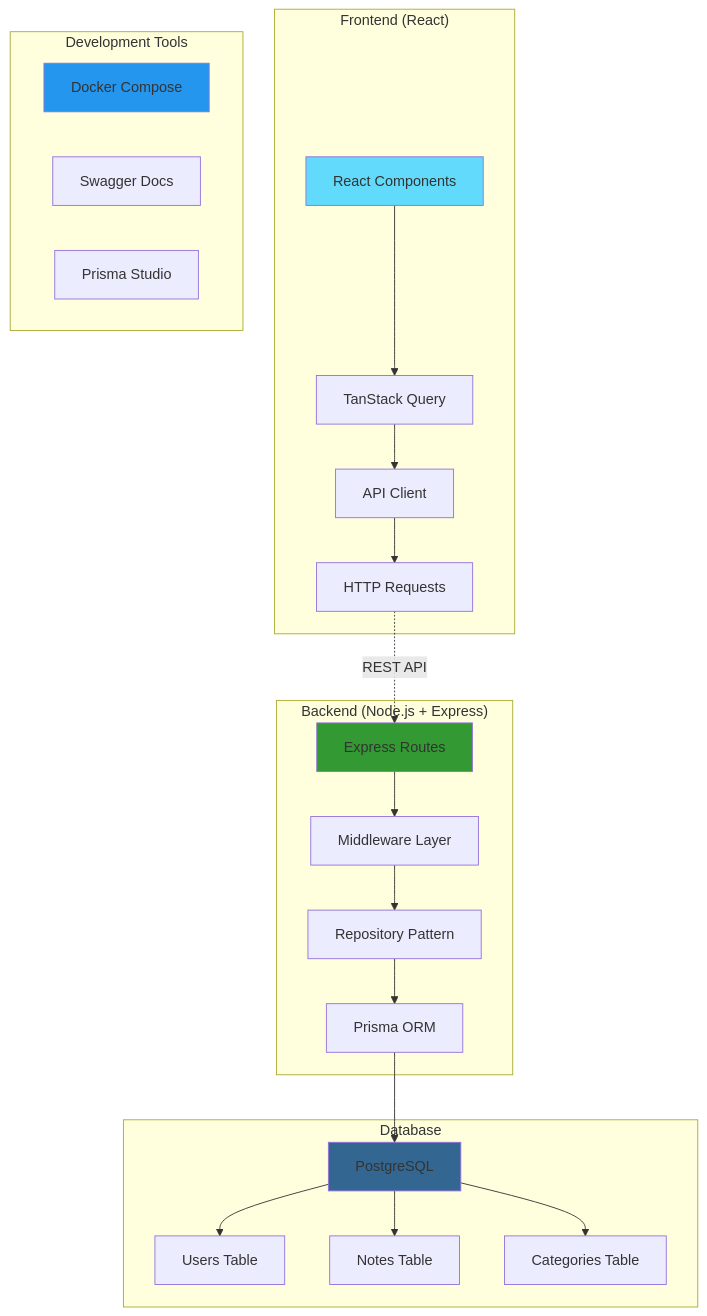
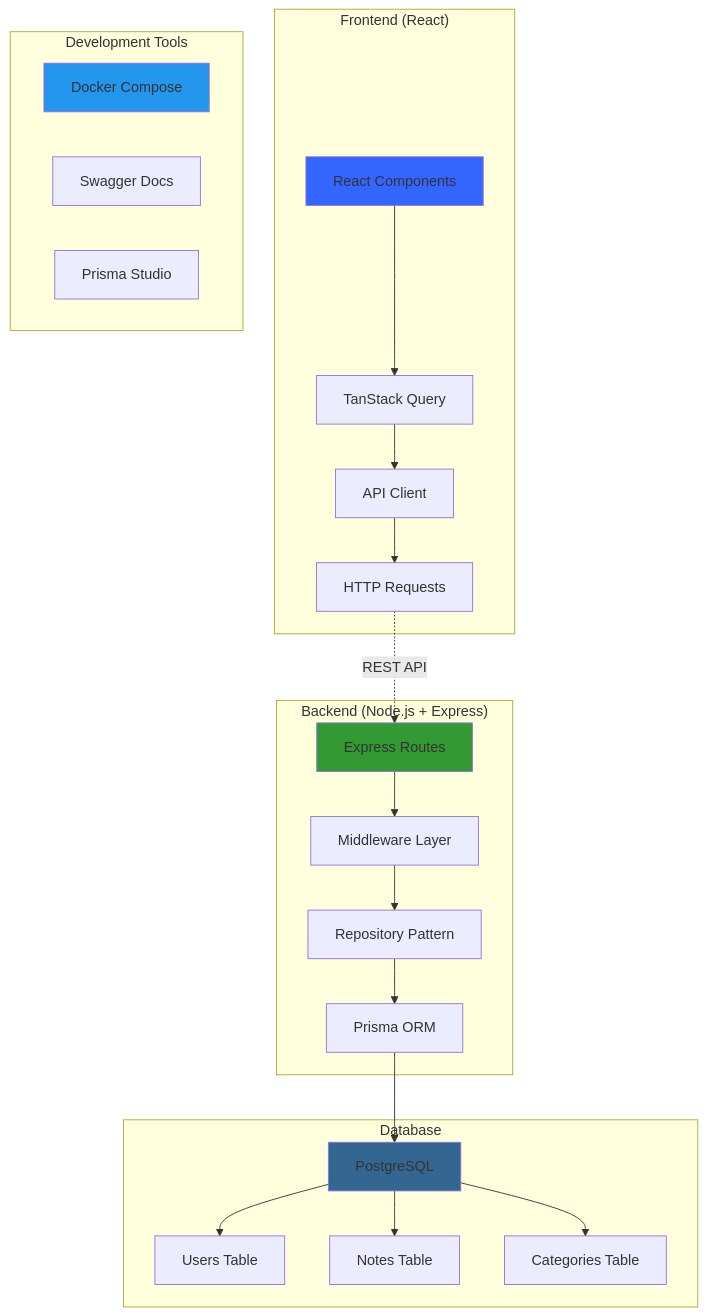
The diagram in README.md (jppachecop/dynamic-personal-content-management-system), drawn with Mermaid before and after one commit. The commit also changed other lines of this file and 1 other file, not shown here.

````diff
--- a/README.md
+++ b/README.md
@@ -229,38 +229,38 @@
 ```mermaid
 graph TB
     subgraph "Frontend (React)"
         A[React Components] --> B[TanStack Query]
         B --> C[API Client]
         C --> D[HTTP Requests]
     end
 
     subgraph "Backend (Node.js + Express)"
         E[Express Routes] --> F[Middleware Layer]
         F --> G[Repository Pattern]
         G --> H[Prisma ORM]
     end
 
     subgraph "Database"
         I[PostgreSQL]
         J[Users Table]
         K[Notes Table]
         L[Categories Table]
     end
 
     D -.->|REST API| E
     H --> I
     I --> J
     I --> K
     I --> L
 
     subgraph "Development Tools"
         M[Docker Compose]
         N[Swagger Docs]
         O[Prisma Studio]
     end
 
-    style A fill:#61DAFB
+    style A fill:#3366ff
     style E fill:#339933
     style I fill:#336791
     style M fill:#2496ED
 ```
````
